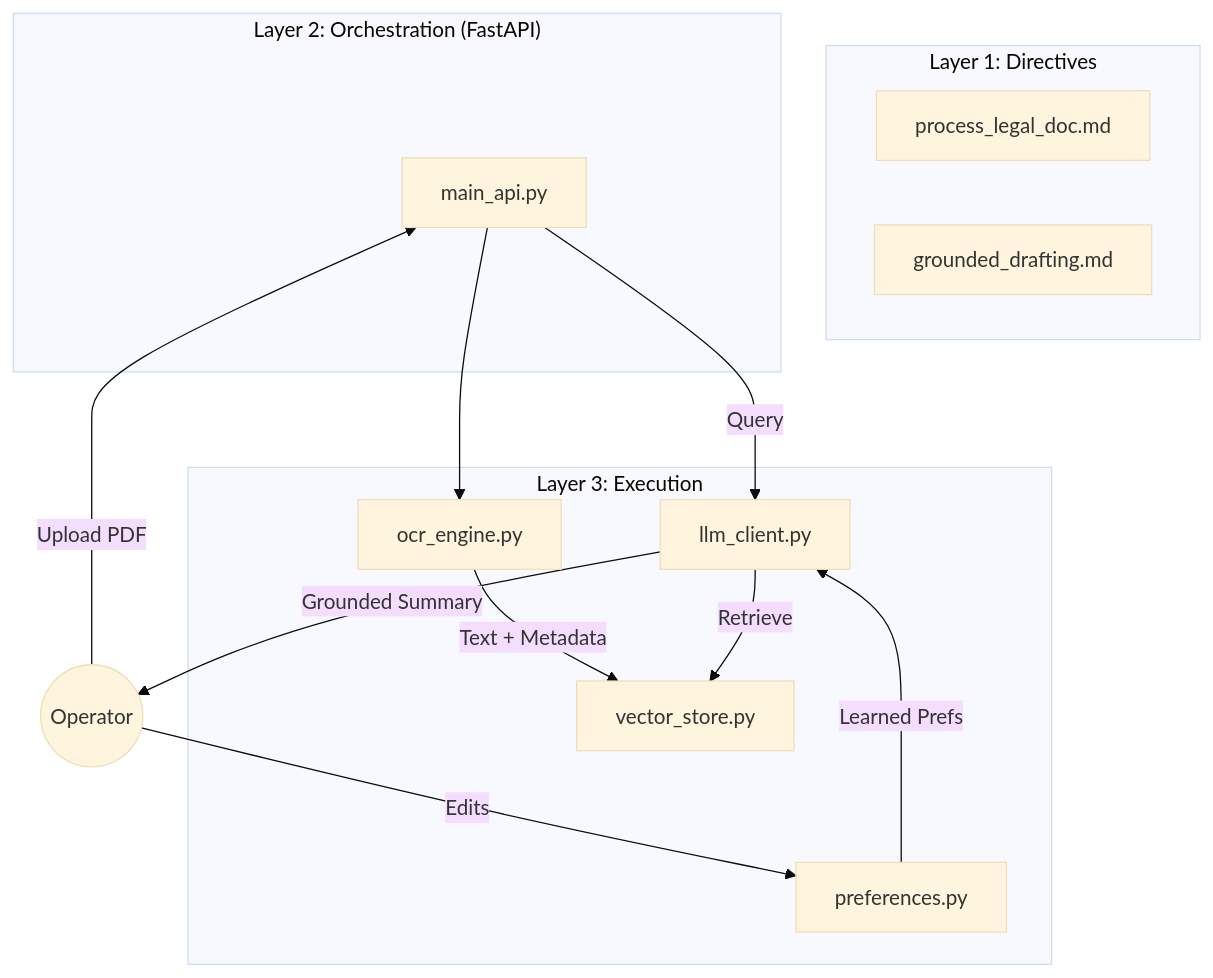
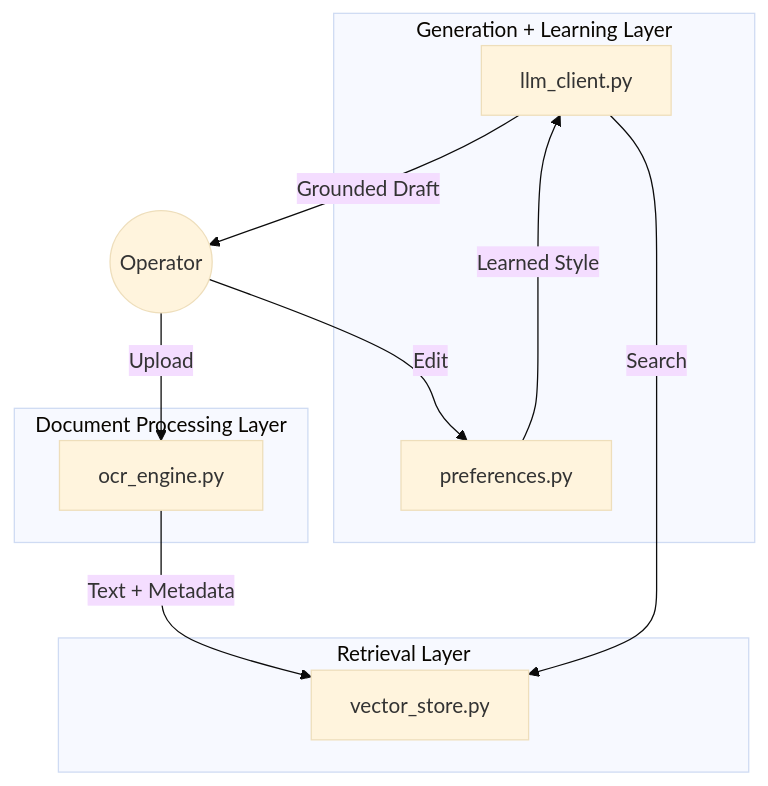
The diagram in README.md (RakibulHoque0/ai-legal-assistant), drawn with Mermaid (base theme) before and after one commit. The commit also changed other lines of this file and 1 other file, not shown here.

Commit message:
Final submission: Overhauled architecture, added concrete metrics, and professional screenshots

````diff
--- a/README.md
+++ b/README.md
@@ -24,27 +28,22 @@
 ```mermaid
 graph TD
-    subgraph "Layer 1: Directives"
-        D1[process_legal_doc.md]
-        D2[grounded_drafting.md]
+    subgraph "Document Processing Layer"
+        OCR[ocr_engine.py]
     end
 
-    subgraph "Layer 2: Orchestration (FastAPI)"
-        A[main_api.py]
+    subgraph "Retrieval Layer"
+        VS[vector_store.py]
     end
 
-    subgraph "Layer 3: Execution"
-        E1[ocr_engine.py]
-        E2[vector_store.py]
-        E3[llm_client.py]
-        E4[preferences.py]
+    subgraph "Generation + Learning Layer"
+        LLM[llm_client.py]
+        PREF[preferences.py]
     end
 
-    User((Operator)) -->|Upload PDF| A
-    A --> E1
-    E1 -->|Text + Metadata| E2
-    A -->|Query| E3
-    E3 -->|Retrieve| E2
-    E3 -->|Grounded Summary| User
-    User -->|Edits| E4
-    E4 -->|Learned Prefs| E3
+    User((Operator)) -->|Upload| OCR
+    OCR -->|Text + Metadata| VS
+    LLM -->|Search| VS
+    LLM -->|Grounded Draft| User
+    User -->|Edit| PREF
+    PREF -->|Learned Style| LLM
 ```
````
